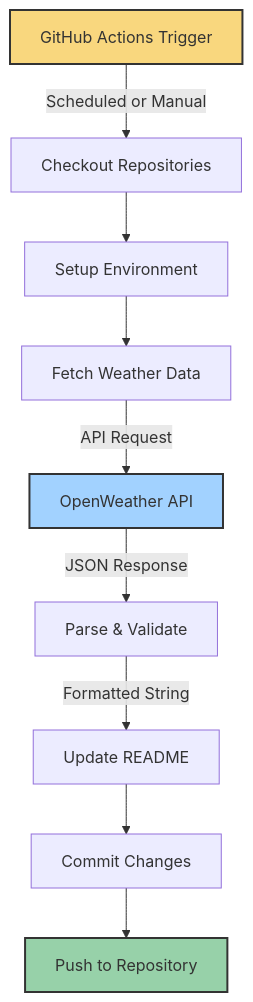
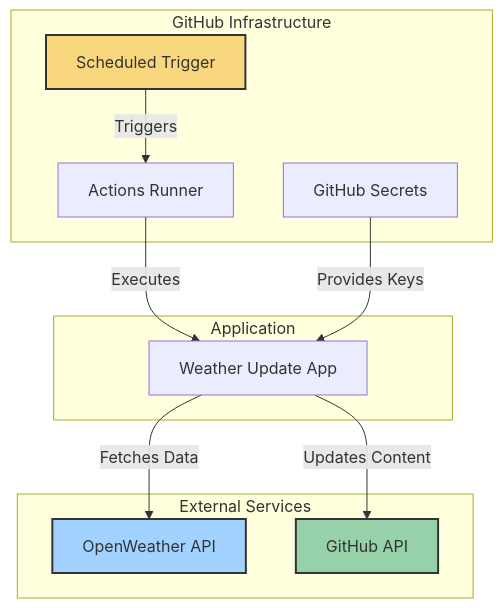
The fourth of 4 diagrams in src/docs/guide/architecture.md (tashfiqul-islam/profile-weather-view), drawn with Mermaid before and after one commit. The commit also changed other lines of this file and 50 other files, not shown here.

````diff
--- a/src/docs/guide/architecture.md
+++ b/src/docs/guide/architecture.md
@@ -136,15 +313,27 @@
 ```mermaid
 graph TD
-    A[GitHub Actions Trigger] -->|Scheduled or Manual| B[Checkout Repositories]
-    B --> C[Setup Environment]
-    C --> D[Fetch Weather Data]
-    D -->|API Request| E[OpenWeather API]
-    E -->|JSON Response| F[Parse & Validate]
-    F -->|Formatted String| G[Update README]
-    G --> H[Commit Changes]
-    H --> I[Push to Repository]
+    subgraph "GitHub Infrastructure"
+        Scheduler[Scheduled Trigger]
+        Runner[Actions Runner]
+        Secrets[GitHub Secrets]
+    end
 
-    style A fill:#f9d77e,stroke:#333,stroke-width:2px
-    style E fill:#a2d2ff,stroke:#333,stroke-width:2px
-    style I fill:#97d1a9,stroke:#333,stroke-width:2px
+    subgraph "Application"
+        App[Weather Update App]
+    end
+
+    subgraph "External Services"
+        OWA[OpenWeather API]
+        GithubAPI[GitHub API]
+    end
+
+    Scheduler -->|Triggers| Runner
+    Runner -->|Executes| App
+    Secrets -->|Provides Keys| App
+    App -->|Fetches Data| OWA
+    App -->|Updates Content| GithubAPI
+
+    style Scheduler fill:#f9d77e,stroke:#333,stroke-width:2px
+    style OWA fill:#a2d2ff,stroke:#333,stroke-width:2px
+    style GithubAPI fill:#97d1a9,stroke:#333,stroke-width:2px
 ```
````
